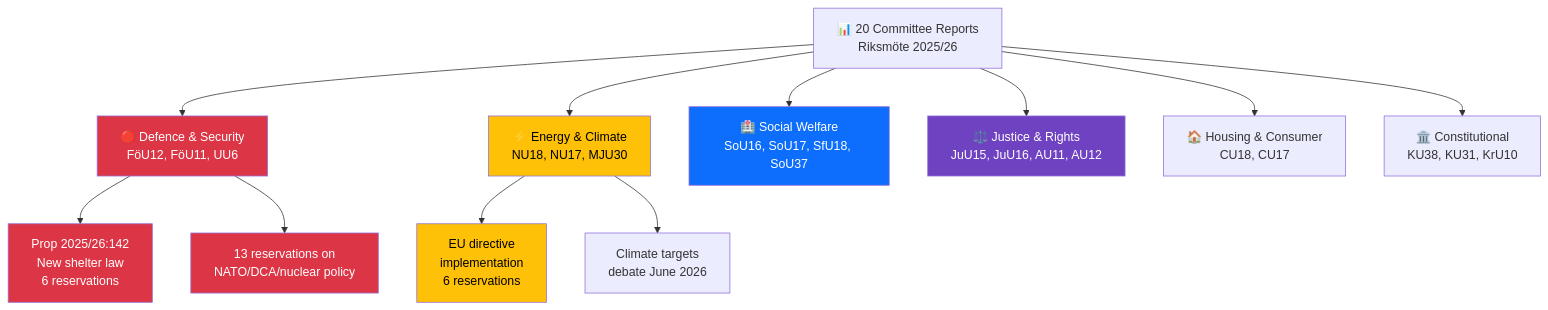
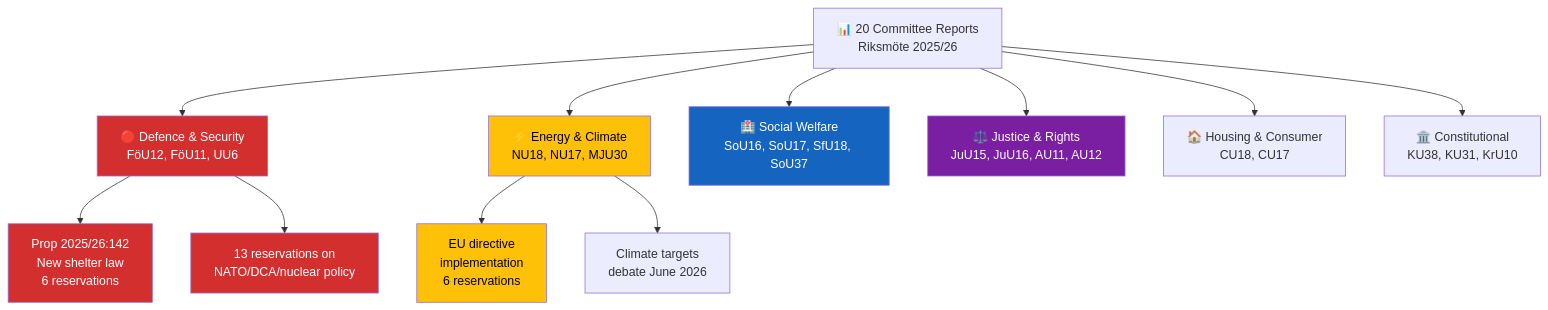
The diagram in analysis/daily/2026-04-09/committeeReports/synthesis-summary.md (Hack23/riksdagsmonitor), drawn with Mermaid before and after one commit. The commit also changed 785 other files, not shown here.

First line of the commit message:
Normalize mermaid colors across 786 analysis artifacts to ISMS Style Guide palette

````diff
--- a/analysis/daily/2026-04-09/committeeReports/synthesis-summary.md
+++ b/analysis/daily/2026-04-09/committeeReports/synthesis-summary.md
@@ -25,22 +25,22 @@
 ```mermaid
 graph TD
     A["📊 20 Committee Reports<br/>Riksmöte 2025/26"] --> B["🔴 Defence & Security<br/>FöU12, FöU11, UU6"]
     A --> C["⚡ Energy & Climate<br/>NU18, NU17, MJU30"]
     A --> D["🏥 Social Welfare<br/>SoU16, SoU17, SfU18, SoU37"]
     A --> E["⚖️ Justice & Rights<br/>JuU15, JuU16, AU11, AU12"]
     A --> F["🏠 Housing & Consumer<br/>CU18, CU17"]
     A --> G["🏛️ Constitutional<br/>KU38, KU31, KrU10"]
     
     B --> H["Prop 2025/26:142<br/>New shelter law<br/>6 reservations"]
     B --> I["13 reservations on<br/>NATO/DCA/nuclear policy"]
     C --> J["EU directive<br/>implementation<br/>6 reservations"]
     C --> K["Climate targets<br/>debate June 2026"]
     
-    style B fill:#dc3545,color:#fff
-    style C fill:#ffc107,color:#000
-    style D fill:#0d6efd,color:#fff
-    style E fill:#6f42c1,color:#fff
-    style H fill:#dc3545,color:#fff
-    style I fill:#dc3545,color:#fff
-    style J fill:#ffc107,color:#000
+    style B fill:#D32F2F,color:#FFFFFF
+    style C fill:#FFC107,color:#000000
+    style D fill:#1565C0,color:#FFFFFF
+    style E fill:#7B1FA2,color:#FFFFFF
+    style H fill:#D32F2F,color:#FFFFFF
+    style I fill:#D32F2F,color:#FFFFFF
+    style J fill:#FFC107,color:#000000
 ```
````
